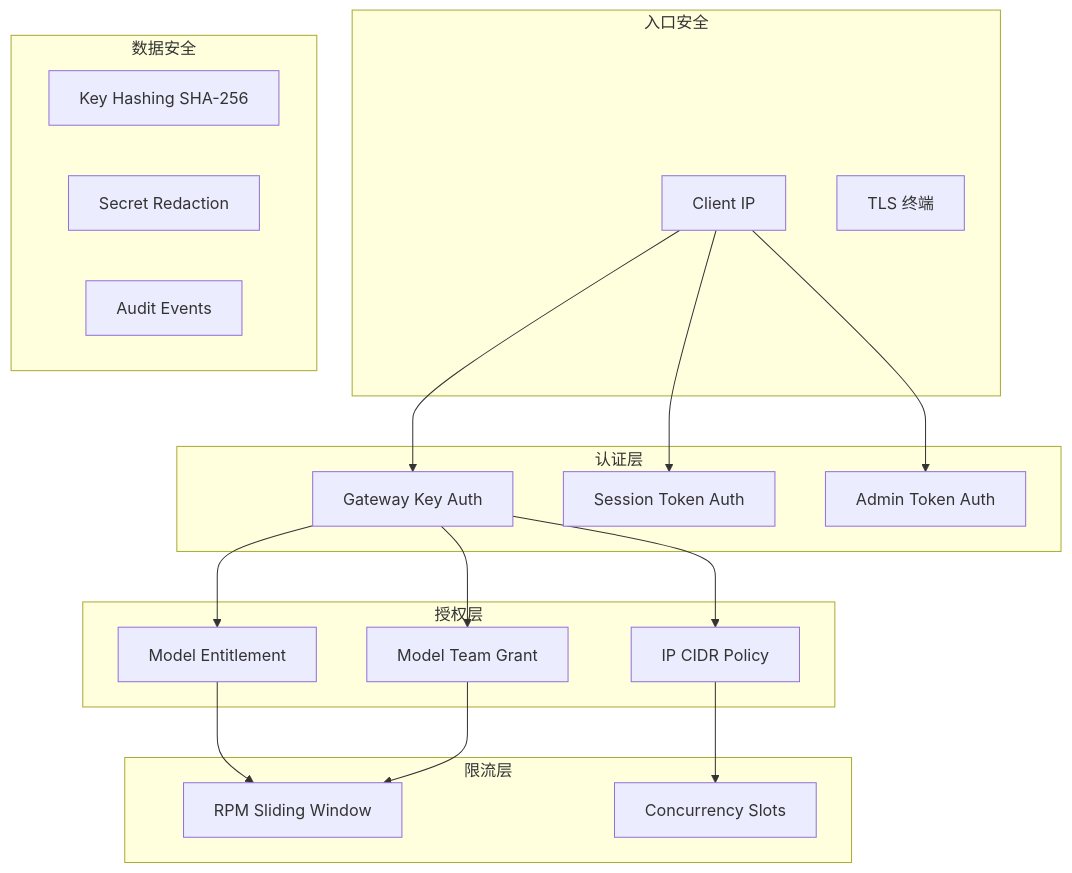
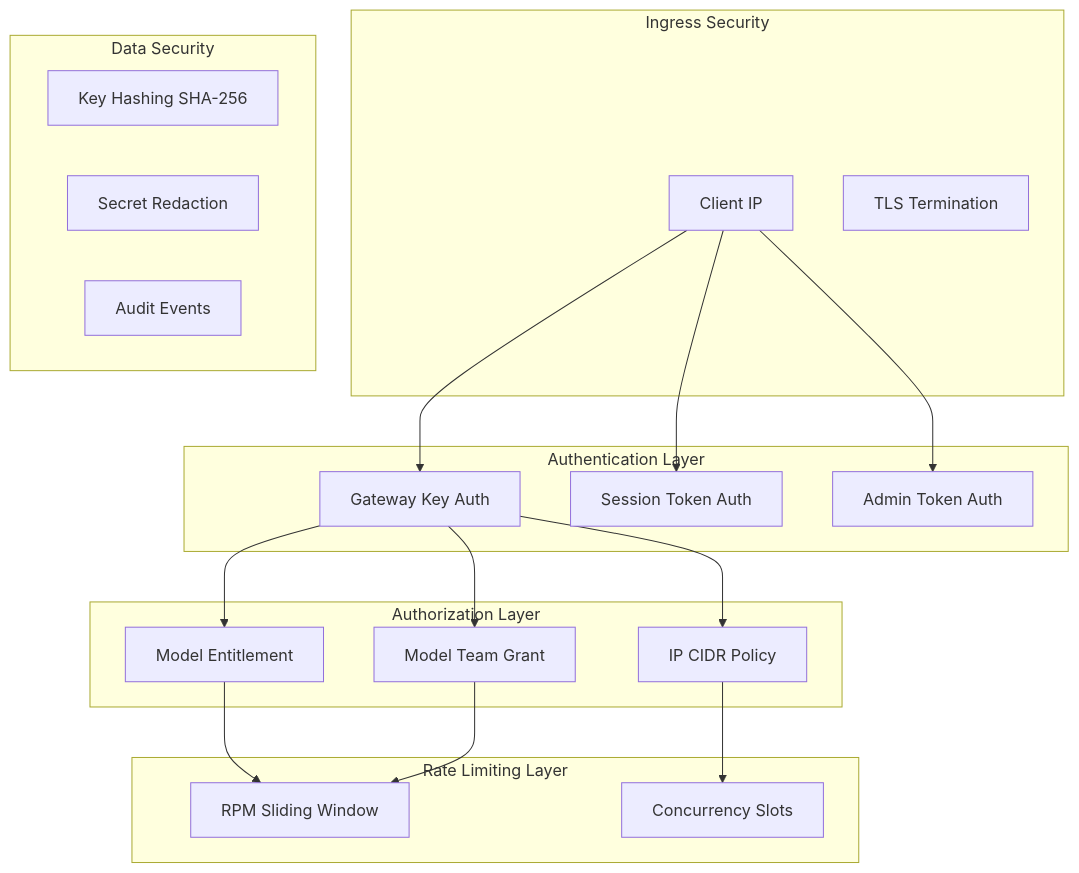
The diagram in docs/source/architecture/security.md (pty819/llm-gateway-docs), drawn with Mermaid before and after one commit. The commit also changed other lines of this file and 18 other files, not shown here.

First line of the commit message:
Fix RST directives and mermaid syntax in MD files

````diff
--- a/docs/source/architecture/security.md
+++ b/docs/source/architecture/security.md
@@ -7,40 +7,40 @@
 ```{mermaid}
 graph TB
-    subgraph 入口安全
+    subgraph Ingress_Security[Ingress Security]
         IP[Client IP]
-        TLS[TLS 终端]
+        TLS[TLS Termination]
     end
 
-    subgraph 认证层
+    subgraph Auth_Layer[Authentication Layer]
         GK[Gateway Key Auth]
         ST[Session Token Auth]
         AT[Admin Token Auth]
     end
 
-    subgraph 授权层
+    subgraph Authz_Layer[Authorization Layer]
         ME[Model Entitlement]
         MTG[Model Team Grant]
         IPC[IP CIDR Policy]
     end
 
-    subgraph 限流层
+    subgraph Rate_Layer[Rate Limiting Layer]
         RPM[RPM Sliding Window]
         CC[Concurrency Slots]
     end
 
-    subgraph 数据安全
+    subgraph Data_Security[Data Security]
         KH[Key Hashing SHA-256]
         SK[Secret Redaction]
         AE[Audit Events]
     end
 
     IP --> GK
     IP --> ST
     IP --> AT
     GK --> ME
     GK --> MTG
     GK --> IPC
     ME --> RPM
     MTG --> RPM
     IPC --> CC
 ```
````
